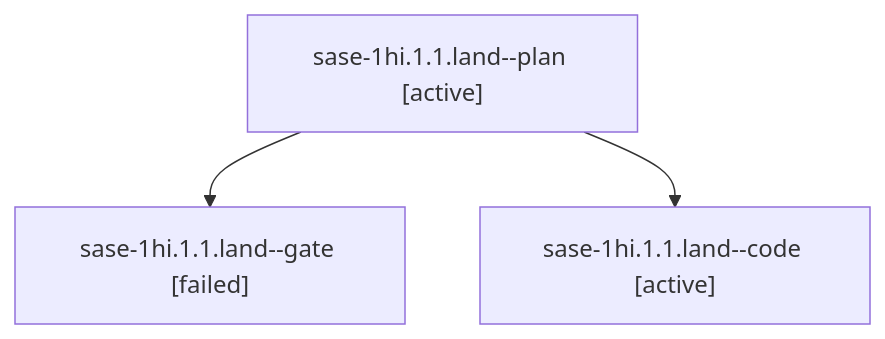
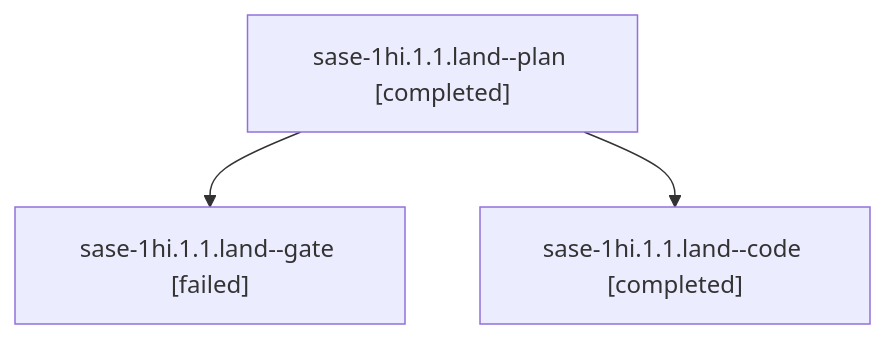
One commit to sase-org/sase--agents changed the diagram in sessions/bbugyi200.apollo.sase-1hi.1.1.land.md. Above: the diagram before and after it, drawn with Mermaid. The commit also changed other lines of this file and 63 other files, not shown here.

````diff
--- a/sessions/bbugyi200.apollo.sase-1hi.1.1.land.md
+++ b/sessions/bbugyi200.apollo.sase-1hi.1.1.land.md
@@ -9,8 +9,8 @@
 ```mermaid
 flowchart TD
-  n0["sase-1hi.1.1.land--plan [active]"]
+  n0["sase-1hi.1.1.land--plan [completed]"]
   n1["sase-1hi.1.1.land--gate [failed]"]
   n0 --> n1
-  n2["sase-1hi.1.1.land--code [active]"]
+  n2["sase-1hi.1.1.land--code [completed]"]
   n0 --> n2
 ```
````
